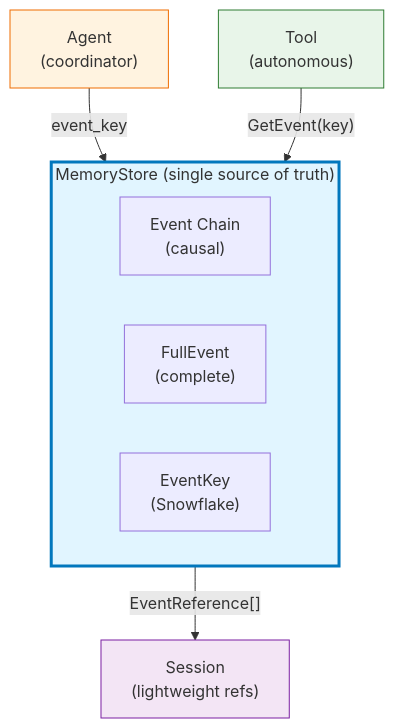
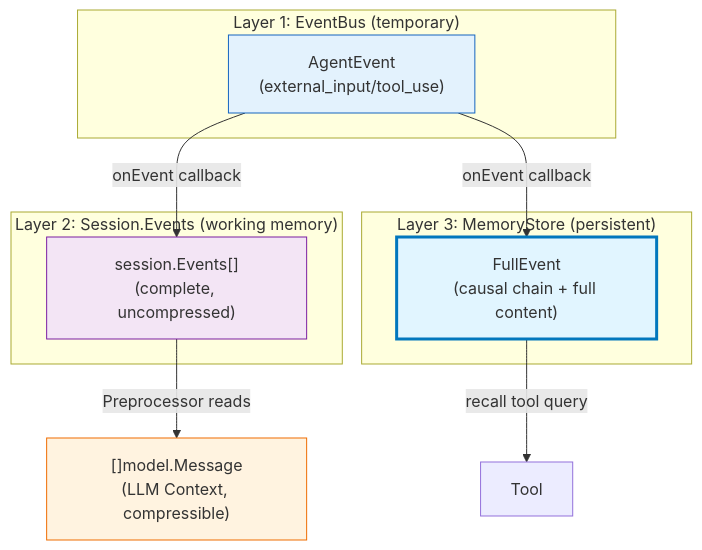
Before and after one commit to SpellingDragon/tagent: the first of 8 diagrams in README_EN.md, drawn with Mermaid. The commit also changed other lines of this file and 18 other files, not shown here.

First line of the commit message:
feat(agent): implement event-driven agent loop data flow

````diff
--- a/README_EN.md
+++ b/README_EN.md
@@ -44,21 +48,24 @@
 ```mermaid
 graph TB
-    subgraph MS["MemoryStore (single source of truth)"]
-        EC["Event Chain<br/>(causal)"]
-        FE["FullEvent<br/>(complete)"]
-        EK["EventKey<br/>(Snowflake)"]
+    subgraph "Layer 1: EventBus (temporary)"
+        EB["AgentEvent<br/>(external_input/tool_use)"]
     end
 
-    AGT["Agent<br/>(coordinator)"]
-    TOOL["Tool<br/>(autonomous)"]
-    SESS["Session<br/>(lightweight refs)"]
+    subgraph "Layer 2: Session.Events (working memory)"
+        SESS["session.Events[]<br/>(complete, uncompressed)"]
+    end
 
-    AGT -->|"event_key"| MS
-    TOOL -->|"GetEvent(key)"| MS
-    MS -->|"EventReference[]"| SESS
+    subgraph "Layer 3: MemoryStore (persistent)"
+        MS["FullEvent<br/>(causal chain + full content)"]
+    end
 
+    EB -->|"onEvent callback"| SESS
+    EB -->|"onEvent callback"| MS
+    SESS -->|"Preprocessor reads"| LLM["[]model.Message<br/>(LLM Context, compressible)"]
+    MS -->|"recall tool query"| TOOL["Tool"]
+
+    style EB fill:#e3f2fd,stroke:#1565c0
+    style SESS fill:#f3e5f5,stroke:#7b1fa2
     style MS fill:#e1f5ff,stroke:#0277bd,stroke-width:3px
-    style AGT fill:#fff3e0,stroke:#ef6c00
-    style TOOL fill:#e8f5e9,stroke:#2e7d32
-    style SESS fill:#f3e5f5,stroke:#7b1fa2
+    style LLM fill:#fff3e0,stroke:#ef6c00
 ```
````
